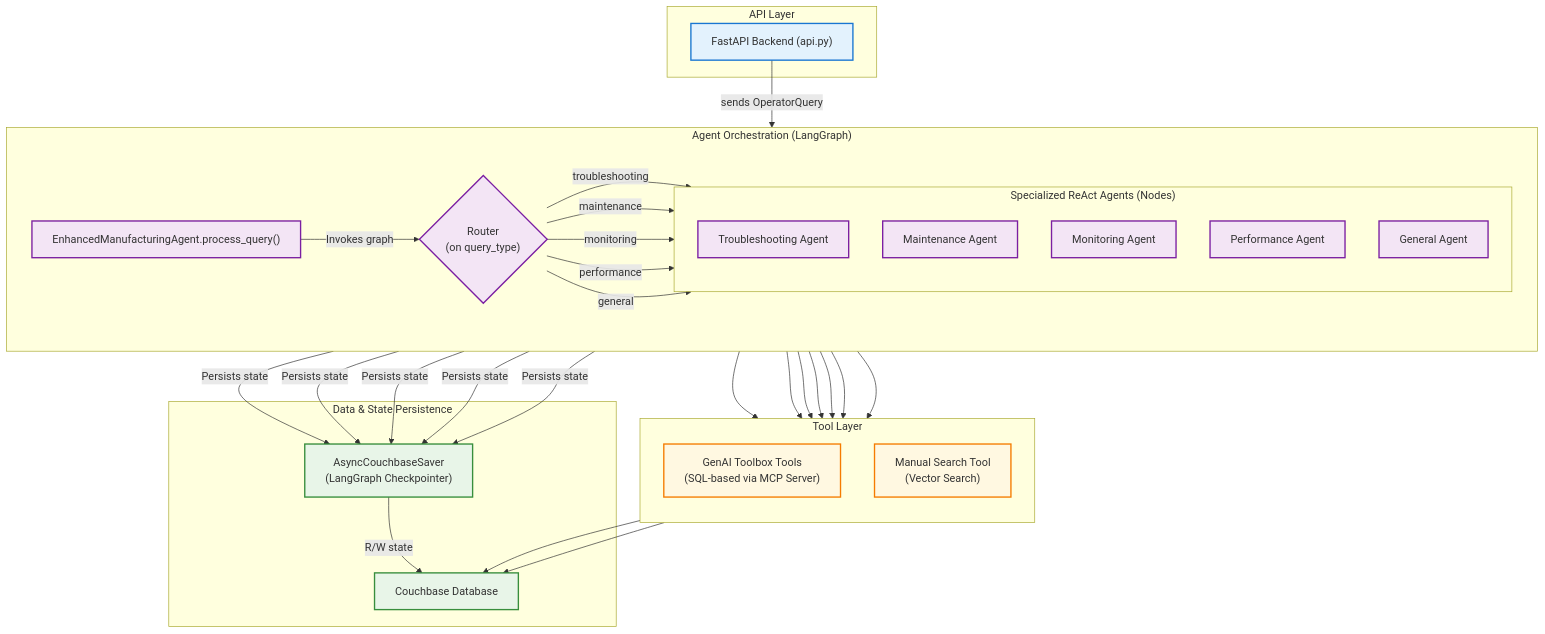
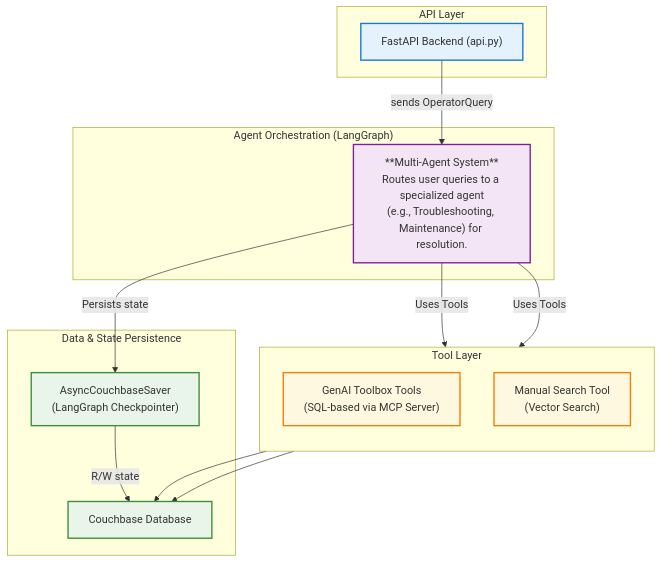
Before and after one commit to couchbase-examples/couchbase-google-mcp-toolbox-demo: the first of 2 diagrams in README.md, drawn with Mermaid.

Commit message:
readme update

````diff
--- a/README.md
+++ b/README.md
@@ -19,72 +19,42 @@
 ```mermaid
 graph TD
     subgraph "API Layer"
         API["FastAPI Backend (api.py)"]
     end
 
     subgraph "Agent Orchestration (LangGraph)"
-        direction LR
-        EnhancedAgent["EnhancedManufacturingAgent.process_query()"] -- "Invokes graph" --> Router{"Router<br/>(on query_type)"}
-        
-        subgraph "Specialized ReAct Agents (Nodes)"
-            direction TB
-            TroubleshootAgent["Troubleshooting Agent"]
-            MaintenanceAgent["Maintenance Agent"]
-            MonitorAgent["Monitoring Agent"]
-            PerformanceAgent["Performance Agent"]
-            GeneralAgent["General Agent"]
-        end
-
-        Router -- "troubleshooting" --> TroubleshootAgent
-        Router -- "maintenance" --> MaintenanceAgent
-        Router -- "monitoring" --> MonitorAgent
-        Router -- "performance" --> PerformanceAgent
-        Router -- "general" --> GeneralAgent
+        ManufacturingAgent["**Multi-Agent System**<br/>Routes user queries to a specialized agent<br/>(e.g., Troubleshooting, Maintenance) for resolution."]
     end
 
     subgraph "Tool Layer"
         direction TB
         Toolbox["GenAI Toolbox Tools<br/>(SQL-based via MCP Server)"]
         ManualSearch["Manual Search Tool<br/>(Vector Search)"]
     end
     
     subgraph "Data & State Persistence"
         CouchbaseDB["Couchbase Database"]
         Checkpointer["AsyncCouchbaseSaver<br/>(LangGraph Checkpointer)"]
     end
 
-    %% Connections from Agents to Tools
-    TroubleshootAgent --> Toolbox
-    TroubleshootAgent --> ManualSearch
-    MaintenanceAgent --> Toolbox
-    MonitorAgent --> Toolbox
-    PerformanceAgent --> Toolbox
-    GeneralAgent --> Toolbox
-    GeneralAgent --> ManualSearch
-
-    %% Connections from Tools to Data
+    %% Connections
+    API -- "sends OperatorQuery" --> ManufacturingAgent
+    ManufacturingAgent -- "Uses Tools" --> Toolbox
+    ManufacturingAgent -- "Uses Tools" --> ManualSearch
+    ManufacturingAgent -- "Persists state" --> Checkpointer
+    
     Toolbox --> CouchbaseDB
     ManualSearch --> CouchbaseDB
-
-    %% Connection from API to Agent
-    API -- "sends OperatorQuery" --> EnhancedAgent
-    
-    %% State Persistence
-    TroubleshootAgent -- "Persists state" --> Checkpointer
-    MaintenanceAgent -- "Persists state" --> Checkpointer
-    MonitorAgent -- "Persists state" --> Checkpointer
-    PerformanceAgent -- "Persists state" --> Checkpointer
-    GeneralAgent -- "Persists state" --> Checkpointer
     Checkpointer -- "R/W state" --> CouchbaseDB
 
     %% Styling
     classDef api fill:#e3f2fd,stroke:#1976d2,stroke-width:2px
     classDef agent fill:#f3e5f5,stroke:#7b1fa2,stroke-width:2px
     classDef tools fill:#fff8e1,stroke:#f57c00,stroke-width:2px
     classDef data fill:#e8f5e8,stroke:#388e3c,stroke-width:2px
     
-    class API,EnhancedAgent,Router,TroubleshootAgent,MaintenanceAgent,MonitorAgent,PerformanceAgent,GeneralAgent agent
+    class API api
+    class ManufacturingAgent agent
     class Toolbox,ManualSearch tools
     class CouchbaseDB,Checkpointer data
-    class API api
 ```
````
